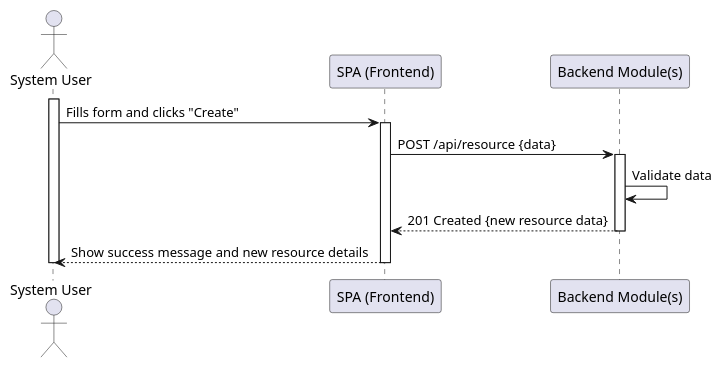
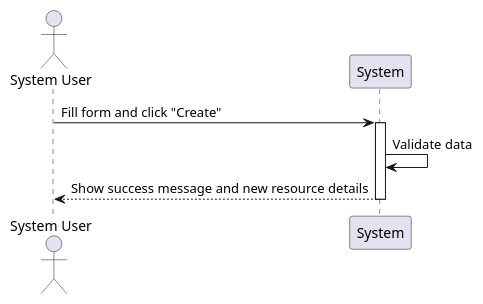
Before and after one commit to Departamento-de-Engenharia-Informatica/LEI-SEM5-PI-2025-26-3DK-04: the diagram in docs/sprint2/level1/process_view/US3.1.5/SD_US3.1.5_create_object.puml, drawn with PlantUML. The commit also changed 33 other files, not shown here.

```diff
--- a/docs/sprint2/level1/process_view/US3.1.5/SD_US3.1.5_create_object.puml
+++ b/docs/sprint2/level1/process_view/US3.1.5/SD_US3.1.5_create_object.puml
@@ -1,16 +1,10 @@
 @startuml system_sequence_diagram_create
 actor "System User" as User
-participant "SPA (Frontend)" as Frontend
-participant "Backend Module(s)" as Backend
-activate User
-User -> Frontend: Fills form and clicks "Create"
-activate Frontend
-Frontend -> Backend: POST /api/resource {data}
-activate Backend
-Backend -> Backend: Validate data
-Backend --> Frontend: 201 Created {new resource data}
-deactivate Backend
-Frontend --> User: Show success message and new resource details
-deactivate Frontend
-deactivate User
+participant "System" as System
+
+User -> System: Fill form and click "Create"
+activate System
+System -> System: Validate data
+System --> User: Show success message and new resource details
+deactivate System
 @enduml
```
